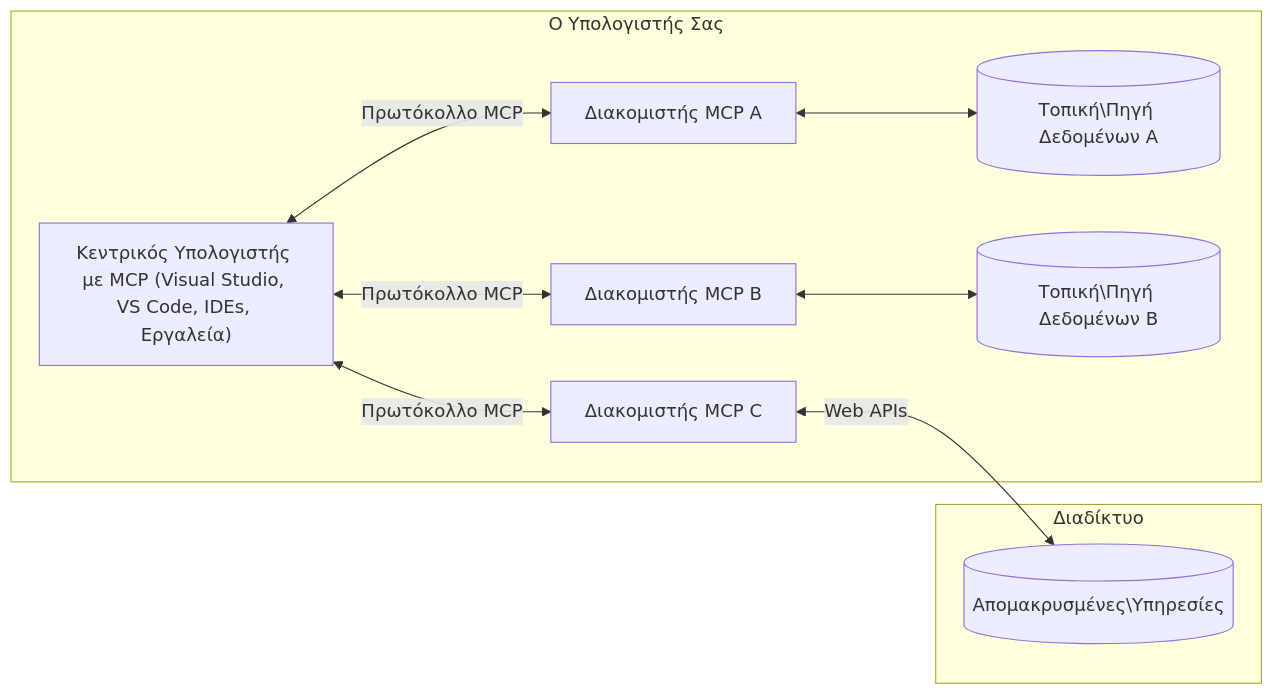
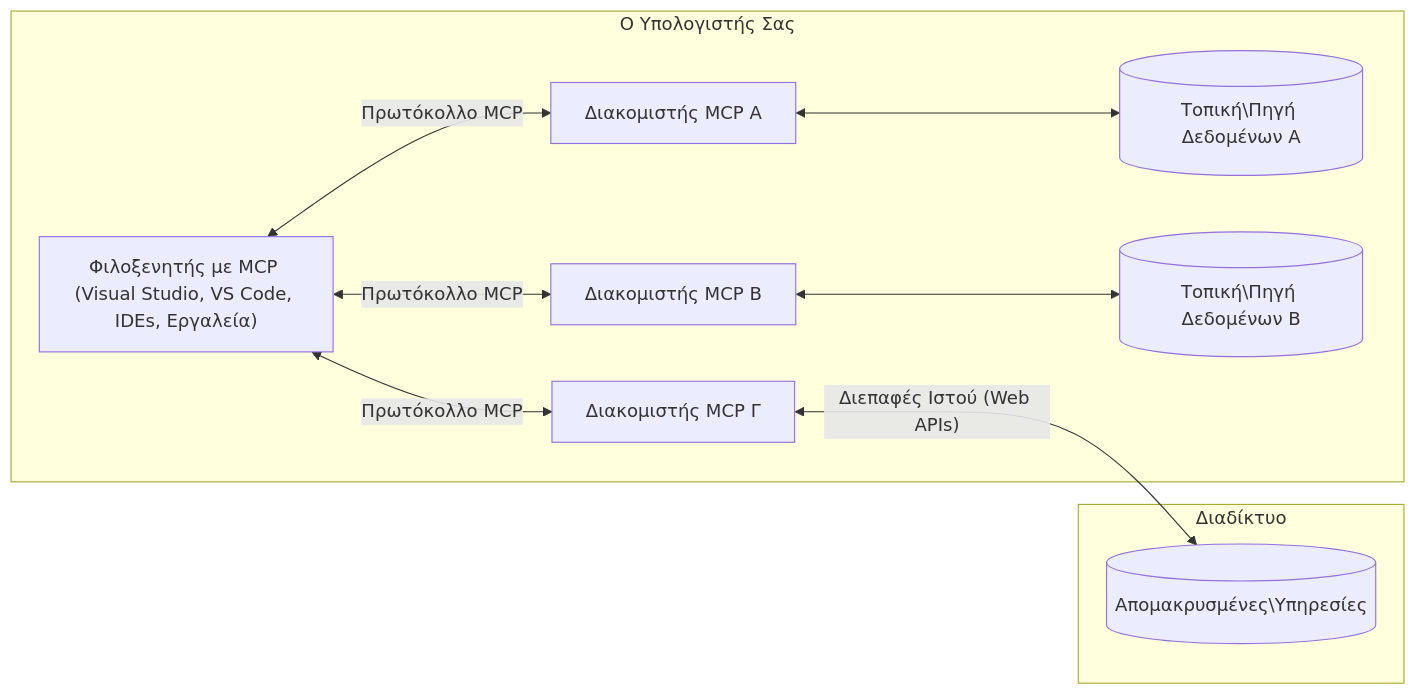
Before and after one commit to Mu-L/mcp-for-beginners: the diagram in translations/el/01-CoreConcepts/README.md, drawn with Mermaid. The commit also changed other lines of this file and 5 other files, not shown here.

````diff
--- a/translations/el/01-CoreConcepts/README.md
+++ b/translations/el/01-CoreConcepts/README.md
@@ -45,17 +45,17 @@
 ```mermaid
 flowchart LR
     subgraph "Ο Υπολογιστής Σας"
-        Host["Κεντρικός Υπολογιστής με MCP (Visual Studio, VS Code, IDEs, Εργαλεία)"]
-        S1["Διακομιστής MCP A"]
-        S2["Διακομιστής MCP B"]
-        S3["Διακομιστής MCP C"]
+        Host["Φιλοξενητής με MCP (Visual Studio, VS Code, IDEs, Εργαλεία)"]
+        S1["Διακομιστής MCP Α"]
+        S2["Διακομιστής MCP Β"]
+        S3["Διακομιστής MCP Γ"]
         Host <-->|"Πρωτόκολλο MCP"| S1
         Host <-->|"Πρωτόκολλο MCP"| S2
         Host <-->|"Πρωτόκολλο MCP"| S3
-        S1 <--> D1[("Τοπική\Πηγή Δεδομένων A")]
-        S2 <--> D2[("Τοπική\Πηγή Δεδομένων B")]
+        S1 <--> D1[("Τοπική\Πηγή Δεδομένων Α")]
+        S2 <--> D2[("Τοπική\Πηγή Δεδομένων Β")]
     end
     subgraph "Διαδίκτυο"
-        S3 <-->|"Web APIs"| D3[("Απομακρυσμένες\Υπηρεσίες")]
+        S3 <-->|"Διεπαφές Ιστού (Web APIs)"| D3[("Απομακρυσμένες\Υπηρεσίες")]
     end
-```  
+```
````
